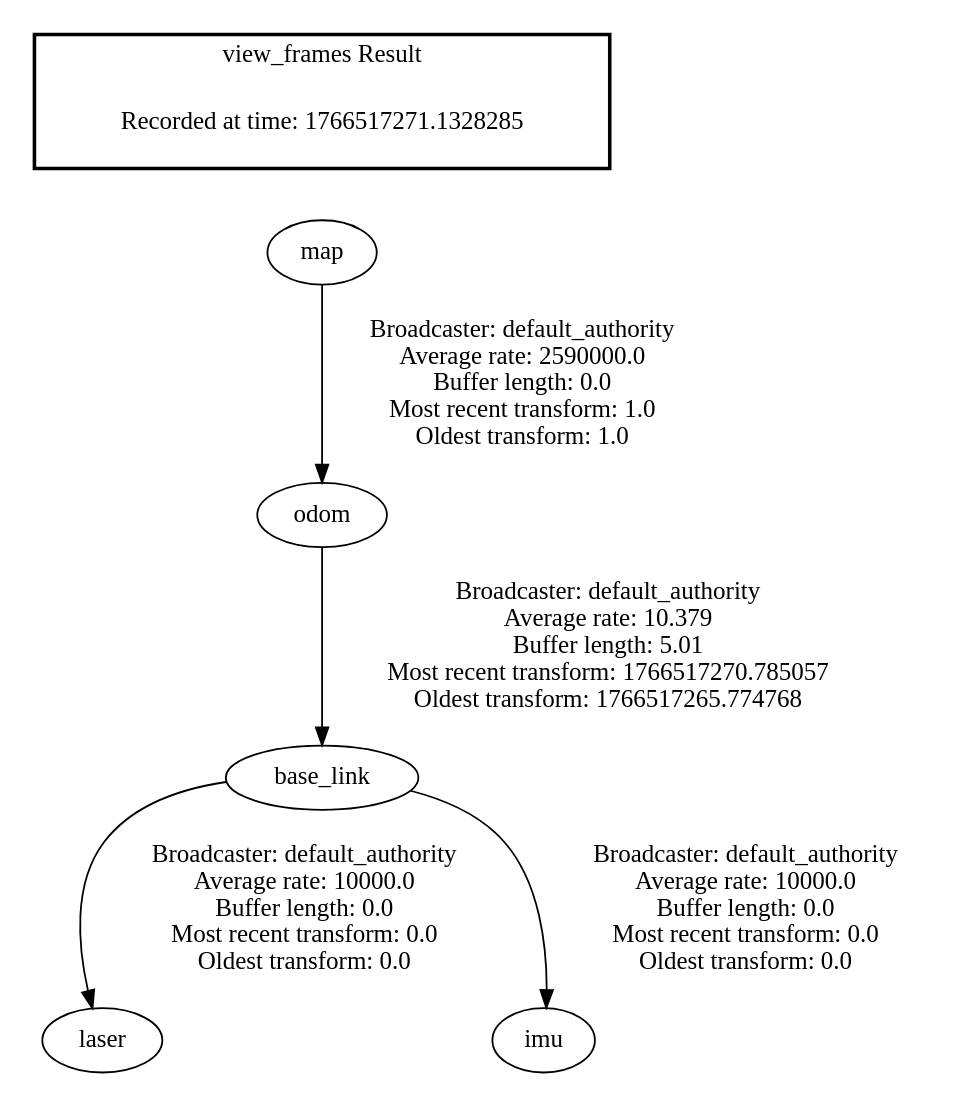
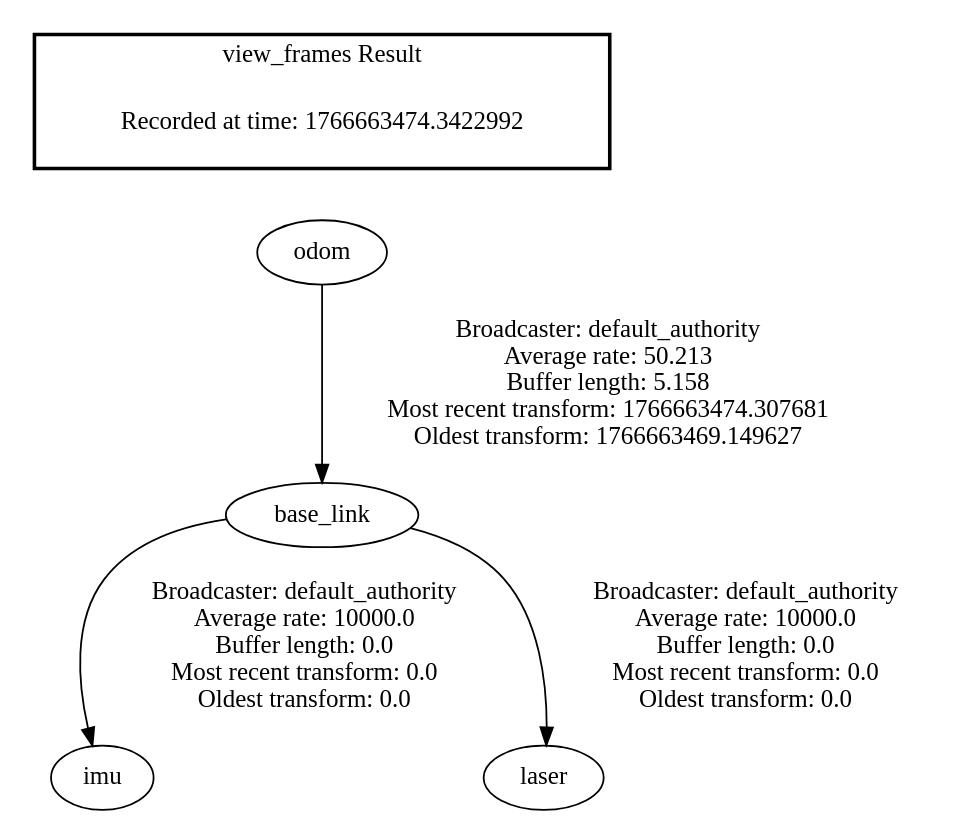
One commit to subratpp/f1tenth changed the diagram in frames.gv. Above: the diagram before and after it, drawn with Graphviz. The commit also changed 4 other files, not shown here.

```diff
--- a/frames.gv
+++ b/frames.gv
@@ -1,10 +1,9 @@
 digraph G {
-"map" -> "odom"[label=" Broadcaster: default_authority\nAverage rate: 2590000.0\nBuffer length: 0.0\nMost recent transform: 1.0\nOldest transform: 1.0\n"];
+"odom" -> "base_link"[label=" Broadcaster: default_authority\nAverage rate: 50.213\nBuffer length: 5.158\nMost recent transform: 1766663474.307681\nOldest transform: 1766663469.149627\n"];
+"base_link" -> "imu"[label=" Broadcaster: default_authority\nAverage rate: 10000.0\nBuffer length: 0.0\nMost recent transform: 0.0\nOldest transform: 0.0\n"];
 "base_link" -> "laser"[label=" Broadcaster: default_authority\nAverage rate: 10000.0\nBuffer length: 0.0\nMost recent transform: 0.0\nOldest transform: 0.0\n"];
-"odom" -> "base_link"[label=" Broadcaster: default_authority\nAverage rate: 10.379\nBuffer length: 5.01\nMost recent transform: 1766517270.785057\nOldest transform: 1766517265.774768\n"];
-"base_link" -> "imu"[label=" Broadcaster: default_authority\nAverage rate: 10000.0\nBuffer length: 0.0\nMost recent transform: 0.0\nOldest transform: 0.0\n"];
 edge [style=invis];
  subgraph cluster_legend { style=bold; color=black; label ="view_frames Result";
-"Recorded at time: 1766517271.1328285"[ shape=plaintext ] ;
-}->"map";
+"Recorded at time: 1766663474.3422992"[ shape=plaintext ] ;
+}->"odom";
 }
```
